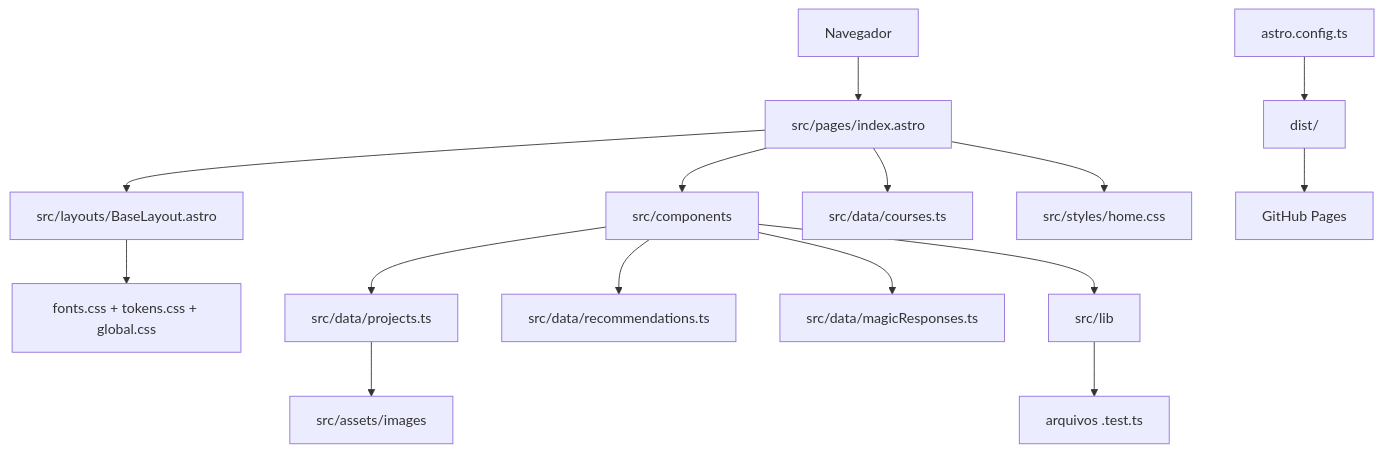
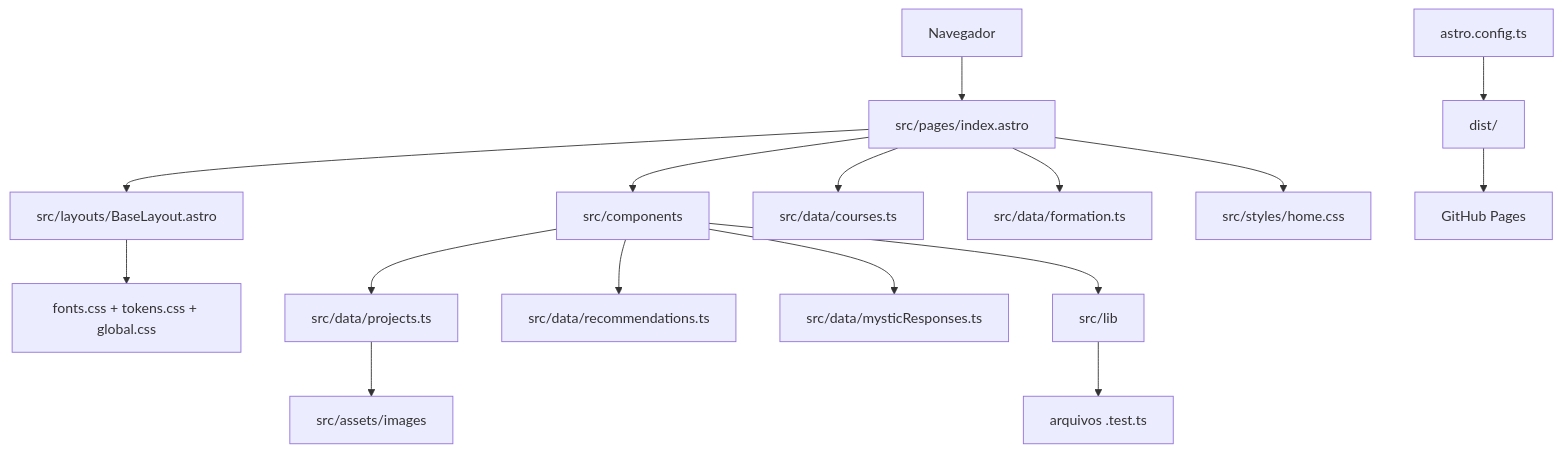
One commit to jsousaliz/jsousaliz.github.io changed the diagram in README.md. Above: the diagram before and after it, drawn with Mermaid. The commit also changed other lines of this file and 40 other files, not shown here.

````diff
--- a/README.md
+++ b/README.md
@@ -19,17 +19,18 @@
 ```mermaid
 flowchart TD
     Browser[Navegador] --> Index[src/pages/index.astro]
     Index --> Layout[src/layouts/BaseLayout.astro]
     Index --> Components[src/components]
     Index --> Courses[src/data/courses.ts]
+    Index --> Formation[src/data/formation.ts]
     Index --> HomeCSS[src/styles/home.css]
     Layout --> GlobalCSS[fonts.css + tokens.css + global.css]
     Components --> ProjectData[src/data/projects.ts]
     Components --> RecommendationData[src/data/recommendations.ts]
-    Components --> MagicData[src/data/magicResponses.ts]
+    Components --> MysticData[src/data/mysticResponses.ts]
     Components --> Lib[src/lib]
     ProjectData --> Images[src/assets/images]
     Lib --> Tests[arquivos .test.ts]
     AstroConfig[astro.config.ts] --> Build[dist/]
     Build --> Pages[GitHub Pages]
 ```
````
